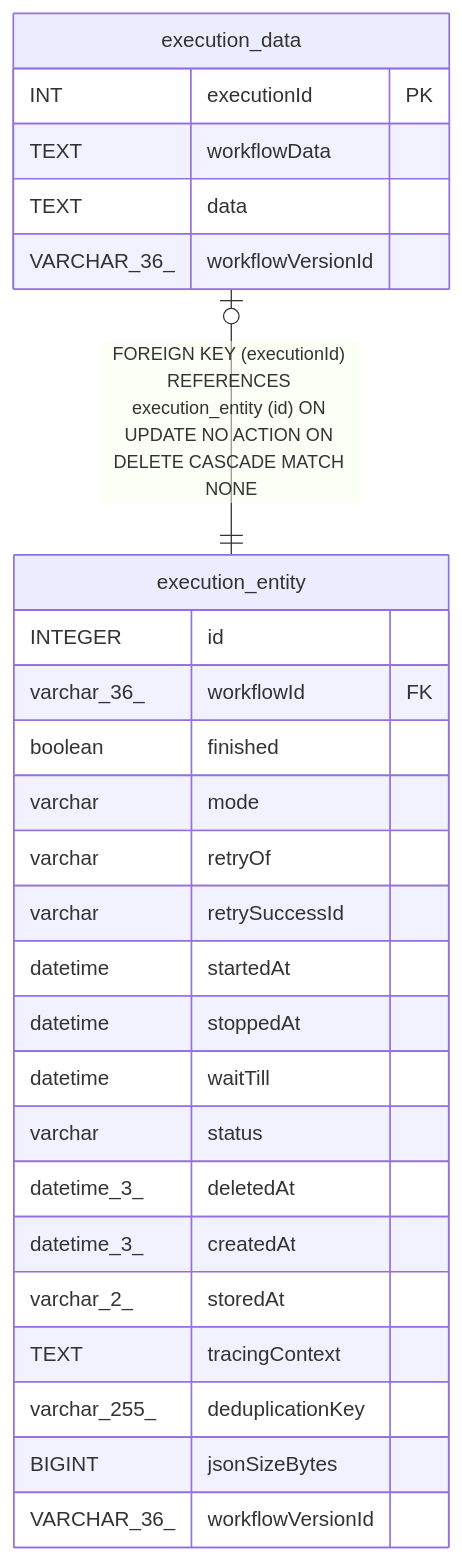
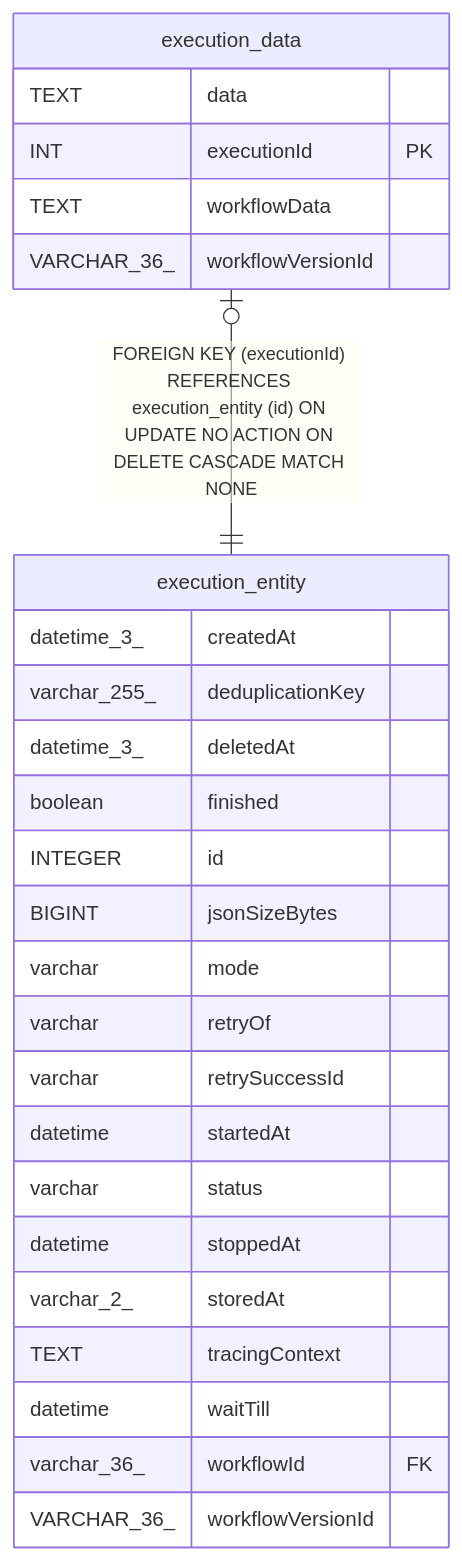
Before and after one commit to mayankjain1815-commits/n8n: the diagram in docs/generated/sqlite-schema/execution_data.md, drawn with Mermaid. The commit also changed other lines of this file and 221 other files, not shown here.

Commit message:
chore(core): Make DB schema docs generation deterministic (#32373)

````diff
--- a/docs/generated/sqlite-schema/execution_data.md
+++ b/docs/generated/sqlite-schema/execution_data.md
@@ -44,31 +44,31 @@
 ```mermaid
 erDiagram
 
 "execution_data" |o--|| "execution_entity" : "FOREIGN KEY (executionId) REFERENCES execution_entity (id) ON UPDATE NO ACTION ON DELETE CASCADE MATCH NONE"
 
 "execution_data" {
+  TEXT data
   INT executionId PK
   TEXT workflowData
-  TEXT data
   VARCHAR_36_ workflowVersionId
 }
 "execution_entity" {
+  datetime_3_ createdAt
+  varchar_255_ deduplicationKey
+  datetime_3_ deletedAt
+  boolean finished
   INTEGER id
-  varchar_36_ workflowId FK
-  boolean finished
+  BIGINT jsonSizeBytes
   varchar mode
   varchar retryOf
   varchar retrySuccessId
   datetime startedAt
+  varchar status
   datetime stoppedAt
-  datetime waitTill
-  varchar status
-  datetime_3_ deletedAt
-  datetime_3_ createdAt
   varchar_2_ storedAt
   TEXT tracingContext
-  varchar_255_ deduplicationKey
-  BIGINT jsonSizeBytes
+  datetime waitTill
+  varchar_36_ workflowId FK
   VARCHAR_36_ workflowVersionId
 }
 ```
````
